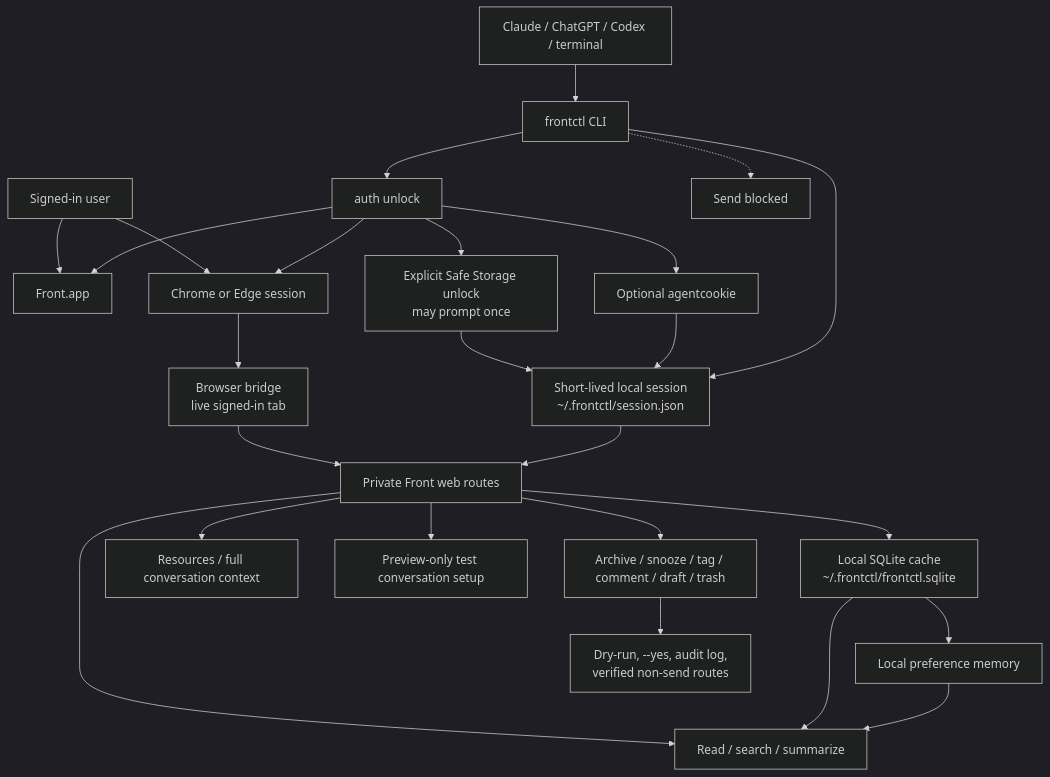
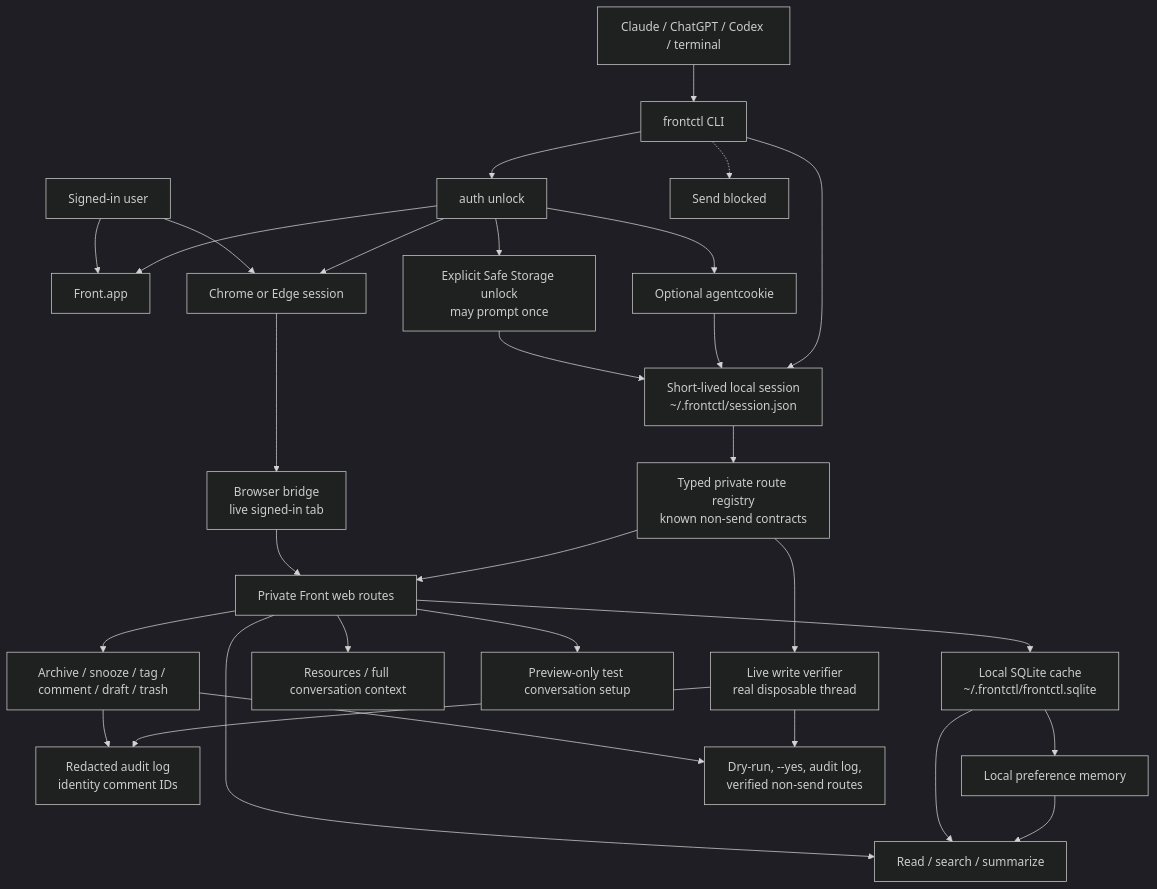
The diagram in README.md (arjshiv/frontctl), drawn with Mermaid (dark theme) before and after one commit. The commit also changed other lines of this file and 6 other files, not shown here.

````diff
--- a/README.md
+++ b/README.md
@@ -185,47 +210,55 @@
 ```mermaid
 flowchart TD
   user["Signed-in user"]
   agent["Claude / ChatGPT / Codex / terminal"]
   cli["frontctl CLI"]
   app["Front.app"]
   browser["Chrome or Edge session"]
   bridge["Browser bridge<br/>live signed-in tab"]
   agentcookie["Optional agentcookie"]
   unlock["auth unlock"]
   keychain["Explicit Safe Storage unlock<br/>may prompt once"]
   session["Short-lived local session<br/>~/.frontctl/session.json"]
+  routes["Typed private route registry<br/>known non-send contracts"]
   live["Private Front web routes"]
+  verify["Live write verifier<br/>real disposable thread"]
   cache["Local SQLite cache<br/>~/.frontctl/frontctl.sqlite"]
+  audit["Redacted audit log<br/>identity comment IDs"]
   memory["Local preference memory"]
   read["Read / search / summarize"]
   resources["Resources / full conversation context"]
   test["Preview-only test conversation setup"]
   write["Archive / snooze / tag / comment / draft / trash"]
   safety["Dry-run, --yes, audit log,<br/>verified non-send routes"]
   blocked["Send blocked"]
 
   user --> app
   user --> browser
   agent --> cli
   cli --> unlock
   unlock --> app
   unlock --> browser
   unlock --> agentcookie
   unlock --> keychain
   keychain --> session
   agentcookie --> session
   browser --> bridge
   bridge --> live
   cli --> session
-  session --> live
+  session --> routes
+  routes --> live
+  routes --> verify
   live --> read
   live --> resources
   live --> test
   live --> write
   live --> cache
   cache --> read
   cache --> memory
   memory --> read
   write --> safety
+  write --> audit
+  verify --> safety
+  verify --> audit
   cli -.-> blocked
 ```
````
